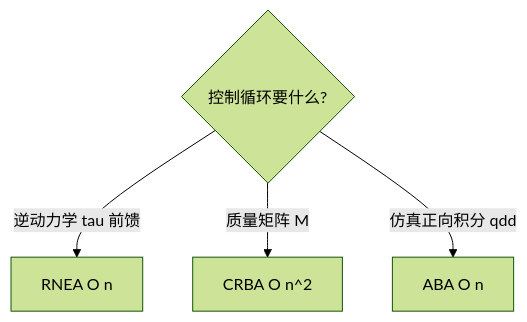
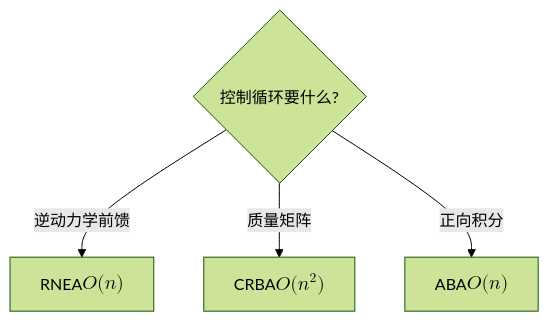
The sixth of 16 diagrams in roadmap/motion-control.md (ImChong/Robotics_Notebooks), drawn with Mermaid (forest theme) before and after one commit. The commit also changed other lines of this file and 5 other files, not shown here.

Commit message:
feat(roadmap): motion-control 全量 Mermaid 流程图公式节点改用 $$ 语法

````diff
--- a/roadmap/motion-control.md
+++ b/roadmap/motion-control.md
@@ -415,7 +415,7 @@
 ```mermaid
 flowchart TD
   Need{控制循环要什么?}
-  Need -->|逆动力学 tau 前馈| RNEA[RNEA O n]
-  Need -->|质量矩阵 M| CRBA[CRBA O n^2]
-  Need -->|仿真正向积分 qdd| ABA[ABA O n]
+  Need -->|逆动力学前馈| RNEA["RNEA<br/>$$O(n)$$"]
+  Need -->|质量矩阵| CRBA["CRBA<br/>$$O(n^2)$$"]
+  Need -->|正向积分| ABA["ABA<br/>$$O(n)$$"]
 ```
````
